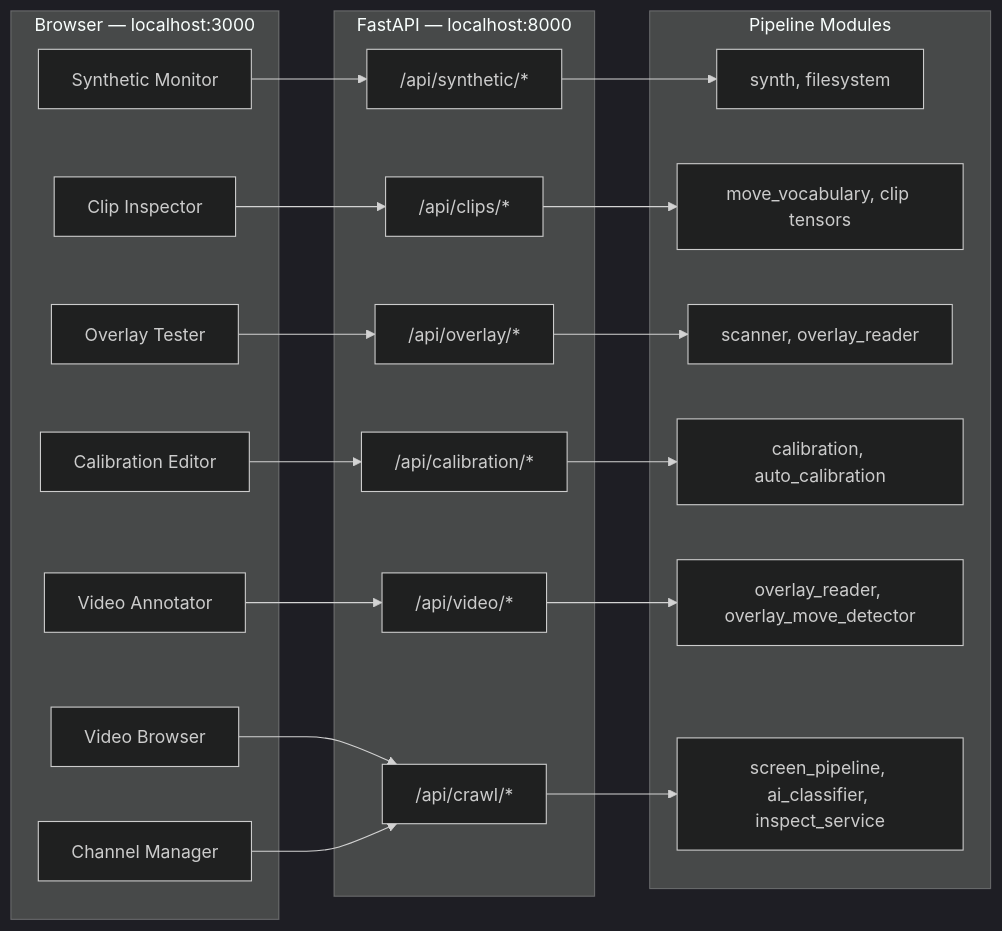
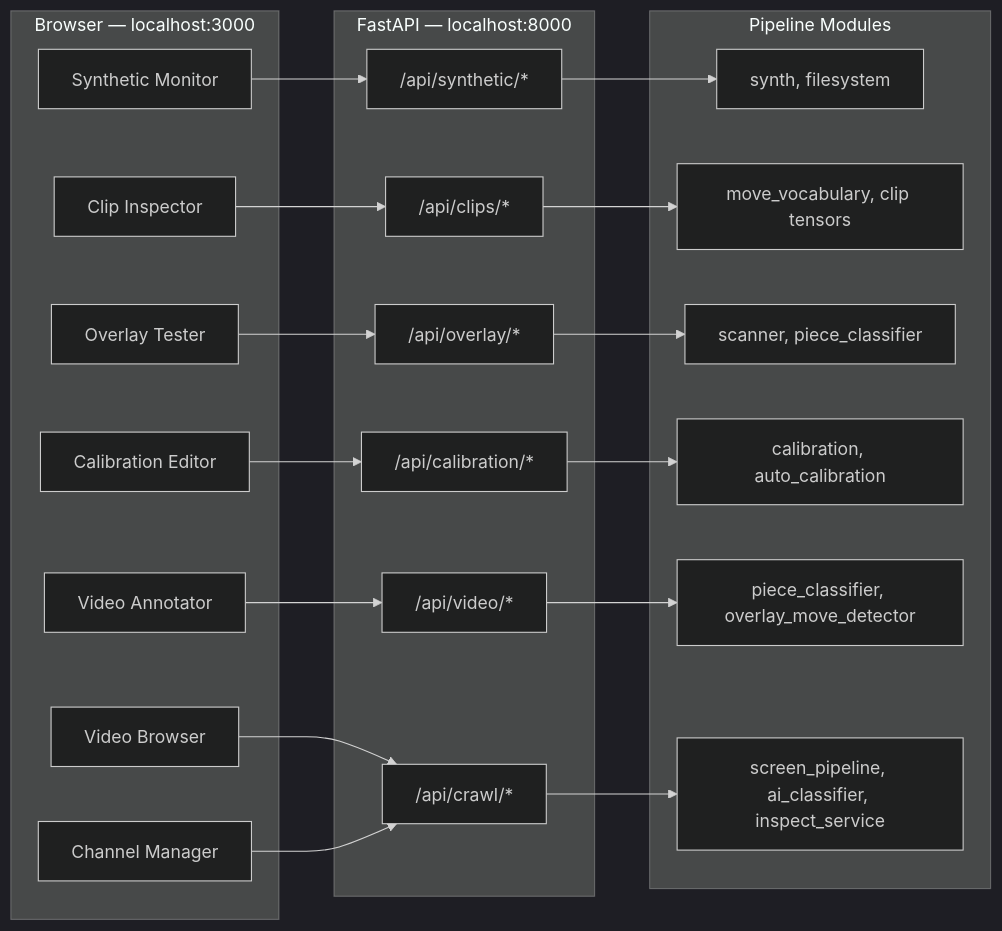
Before and after one commit to dscape/argus: the sixth of 8 diagrams in README.md, drawn with Mermaid (dark theme). The commit also changed other lines of this file and 10 other files, not shown here.

First line of the commit message:
Refactor overlay reader into grid detector and piece classifier

````diff
--- a/README.md
+++ b/README.md
@@ -524,38 +525,38 @@
 ```mermaid
 graph LR
     subgraph "Browser — localhost:3000"
         SM[Synthetic Monitor]
         CI[Clip Inspector]
         OT[Overlay Tester]
         CE[Calibration Editor]
         VA[Video Annotator]
         VB[Video Browser]
         CM[Channel Manager]
     end
 
     subgraph "FastAPI — localhost:8000"
         R0["/api/synthetic/*"]
         R2["/api/clips/*"]
         R1["/api/overlay/*"]
         R3["/api/calibration/*"]
         R4["/api/video/*"]
         R5["/api/crawl/*"]
     end
 
     subgraph "Pipeline Modules"
         S0["synth, filesystem"]
         S2["move_vocabulary, clip tensors"]
-        S1["scanner, overlay_reader"]
+        S1["scanner, piece_classifier"]
         S3["calibration, auto_calibration"]
-        S4["overlay_reader, overlay_move_detector"]
+        S4["piece_classifier, overlay_move_detector"]
         S5["screen_pipeline, ai_classifier, inspect_service"]
     end
 
     SM --> R0 --> S0
     CI --> R2 --> S2
     OT --> R1 --> S1
     CE --> R3 --> S3
     VA --> R4 --> S4
     VB --> R5 --> S5
     CM --> R5
 ```
````
